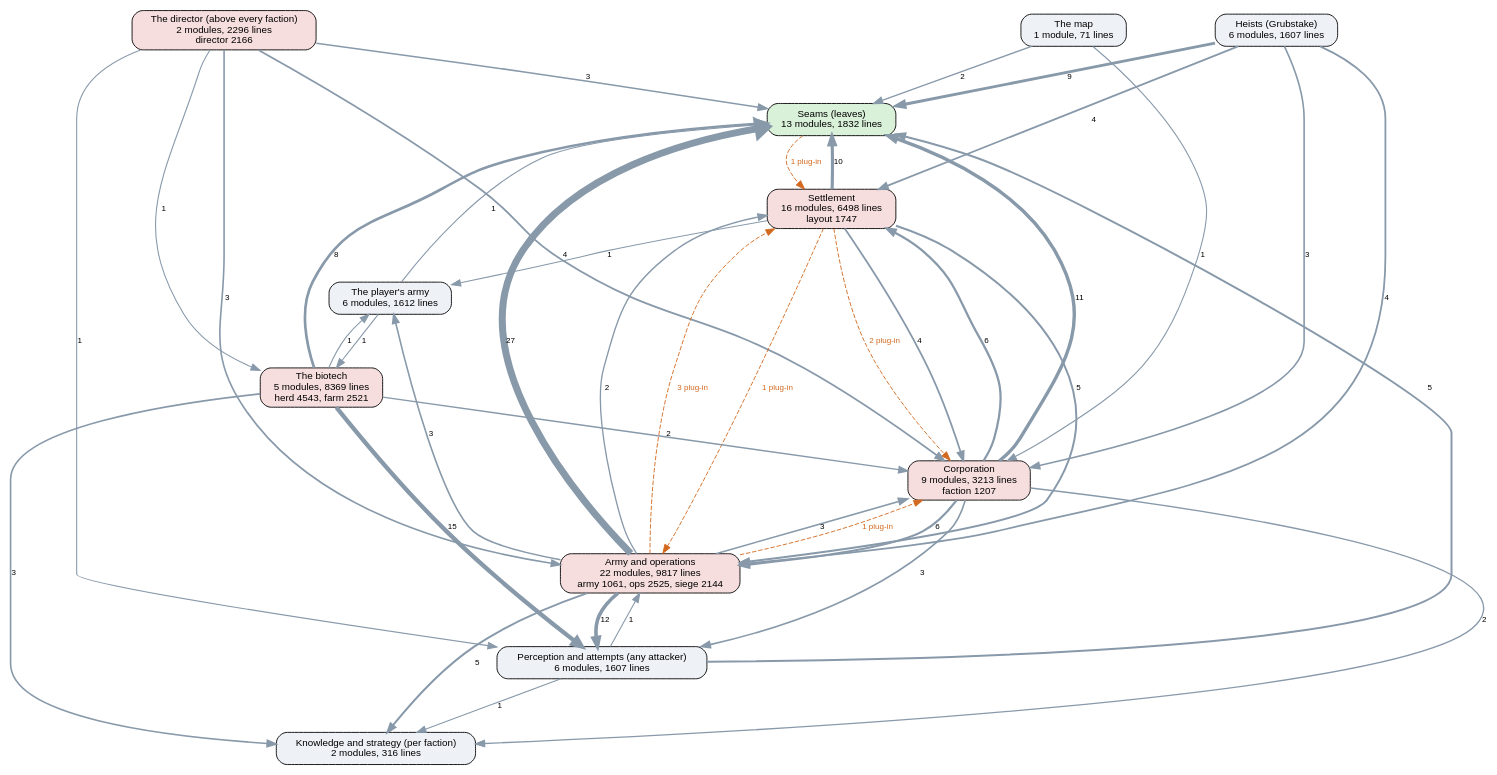
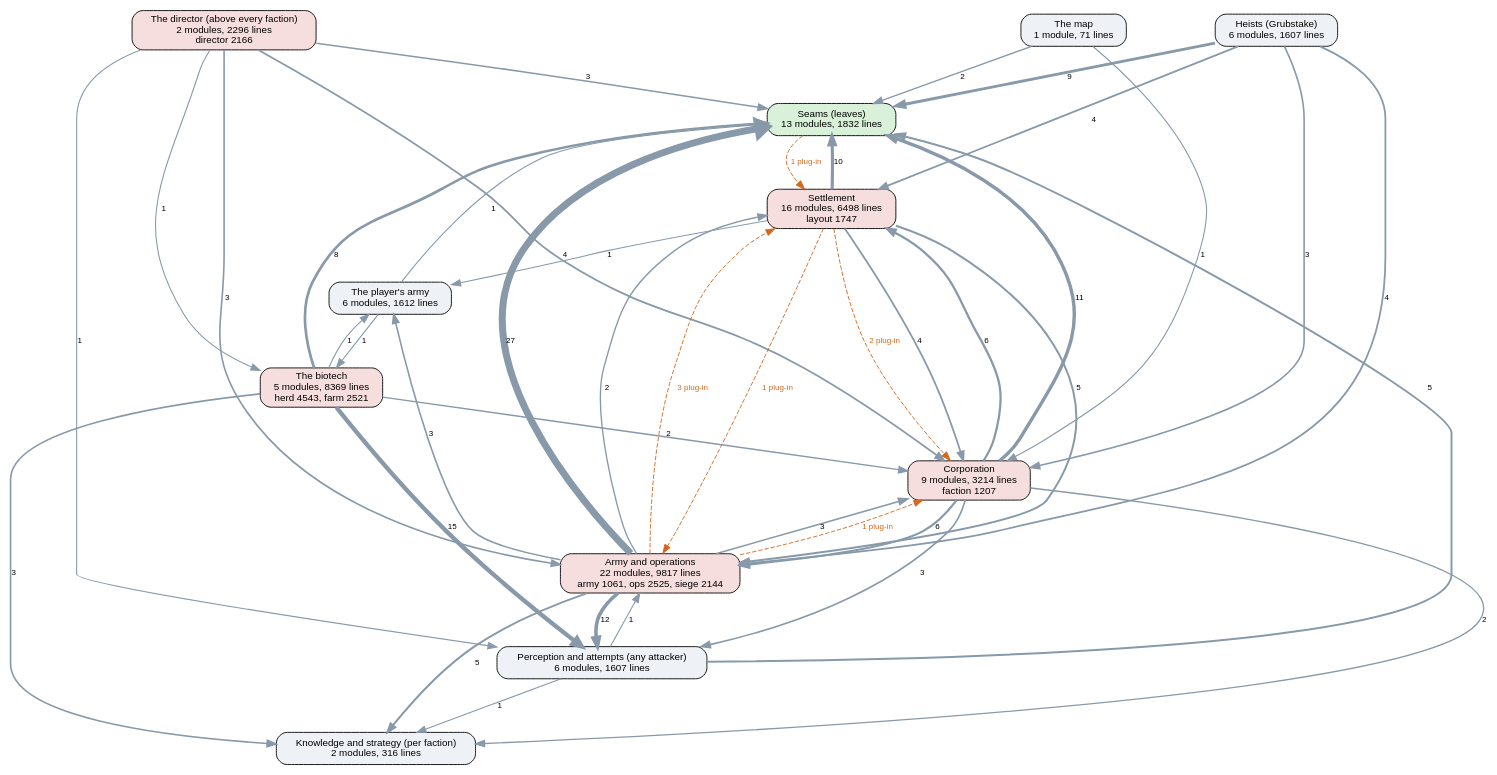
One commit to kinelhu/landing-party changed the diagram in docs/ai-layers.dot. Above: the diagram before and after it, drawn with Graphviz. The commit also changed 4 other files, not shown here.

First line of the commit message:
AI graph regenerated for 0.2.424

```diff
--- a/docs/ai-layers.dot
+++ b/docs/ai-layers.dot
@@ -1,57 +1,57 @@
 digraph layers {
   graph [rankdir=TB, fontname="Helvetica", nodesep=0.5, ranksep=0.7];
   node [shape=box, style="rounded,filled", fontname="Helvetica", fontsize=11, fillcolor="#eef2f7"];
   edge [color="#8899aa", fontname="Helvetica", fontsize=9];
   "Seams (leaves)" [label="Seams (leaves)\n13 modules, 1832 lines", fillcolor="#d9f0d9"];
   "Perception and attempts (any attacker)" [label="Perception and attempts (any attacker)\n6 modules, 1607 lines", fillcolor="#eef2f7"];
   "Knowledge and strategy (per faction)" [label="Knowledge and strategy (per faction)\n2 modules, 316 lines", fillcolor="#eef2f7"];
   "The director (above every faction)" [label="The director (above every faction)\n2 modules, 2296 lines\ndirector 2166", fillcolor="#f7dede"];
-  "Corporation" [label="Corporation\n9 modules, 3213 lines\nfaction 1207", fillcolor="#f7dede"];
+  "Corporation" [label="Corporation\n9 modules, 3214 lines\nfaction 1207", fillcolor="#f7dede"];
   "Settlement" [label="Settlement\n16 modules, 6498 lines\nlayout 1747", fillcolor="#f7dede"];
   "Army and operations" [label="Army and operations\n22 modules, 9817 lines\narmy 1061, ops 2525, siege 2144", fillcolor="#f7dede"];
   "Heists (Grubstake)" [label="Heists (Grubstake)\n6 modules, 1607 lines", fillcolor="#eef2f7"];
   "The biotech" [label="The biotech\n5 modules, 8369 lines\nherd 4543, farm 2521", fillcolor="#f7dede"];
   "The map" [label="The map\n1 module, 71 lines", fillcolor="#eef2f7"];
   "The player's army" [label="The player's army\n6 modules, 1612 lines", fillcolor="#eef2f7"];
   "Army and operations" -> "Corporation" [label="3", penwidth=1.8];
   "Army and operations" -> "Knowledge and strategy (per faction)" [label="5", penwidth=2.2];
   "Army and operations" -> "Perception and attempts (any attacker)" [label="12", penwidth=4.0];
   "Army and operations" -> "Seams (leaves)" [label="27", penwidth=7.8];
   "Army and operations" -> "Settlement" [label="2", penwidth=1.5];
   "Army and operations" -> "The player's army" [label="3", penwidth=1.8];
   "Corporation" -> "Army and operations" [label="6", penwidth=2.5];
   "Corporation" -> "Knowledge and strategy (per faction)" [label="2", penwidth=1.5];
   "Corporation" -> "Perception and attempts (any attacker)" [label="3", penwidth=1.8];
   "Corporation" -> "Seams (leaves)" [label="11", penwidth=3.8];
   "Corporation" -> "Settlement" [label="6", penwidth=2.5];
   "Heists (Grubstake)" -> "Army and operations" [label="4", penwidth=2.0];
   "Heists (Grubstake)" -> "Corporation" [label="3", penwidth=1.8];
   "Heists (Grubstake)" -> "Seams (leaves)" [label="9", penwidth=3.2];
   "Heists (Grubstake)" -> "Settlement" [label="4", penwidth=2.0];
   "Perception and attempts (any attacker)" -> "Army and operations" [label="1", penwidth=1.2];
   "Perception and attempts (any attacker)" -> "Knowledge and strategy (per faction)" [label="1", penwidth=1.2];
   "Perception and attempts (any attacker)" -> "Seams (leaves)" [label="5", penwidth=2.2];
   "Settlement" -> "Army and operations" [label="5", penwidth=2.2];
   "Settlement" -> "Corporation" [label="4", penwidth=2.0];
   "Settlement" -> "Seams (leaves)" [label="10", penwidth=3.5];
   "Settlement" -> "The player's army" [label="1", penwidth=1.2];
   "The biotech" -> "Corporation" [label="2", penwidth=1.5];
   "The biotech" -> "Knowledge and strategy (per faction)" [label="3", penwidth=1.8];
   "The biotech" -> "Perception and attempts (any attacker)" [label="15", penwidth=4.8];
   "The biotech" -> "Seams (leaves)" [label="8", penwidth=3.0];
   "The biotech" -> "The player's army" [label="1", penwidth=1.2];
   "The director (above every faction)" -> "Army and operations" [label="3", penwidth=1.8];
   "The director (above every faction)" -> "Corporation" [label="4", penwidth=2.0];
   "The director (above every faction)" -> "Perception and attempts (any attacker)" [label="1", penwidth=1.2];
   "The director (above every faction)" -> "Seams (leaves)" [label="3", penwidth=1.8];
   "The director (above every faction)" -> "The biotech" [label="1", penwidth=1.2];
   "The map" -> "Corporation" [label="1", penwidth=1.2];
   "The map" -> "Seams (leaves)" [label="2", penwidth=1.5];
   "The player's army" -> "Seams (leaves)" [label="1", penwidth=1.2];
   "The player's army" -> "The biotech" [label="1", penwidth=1.2];
   "Army and operations" -> "Corporation" [style=dashed, color="#d2691e", fontcolor="#d2691e", label="1 plug-in"];
   "Army and operations" -> "Settlement" [style=dashed, color="#d2691e", fontcolor="#d2691e", label="3 plug-in"];
   "Seams (leaves)" -> "Settlement" [style=dashed, color="#d2691e", fontcolor="#d2691e", label="1 plug-in"];
   "Settlement" -> "Army and operations" [style=dashed, color="#d2691e", fontcolor="#d2691e", label="1 plug-in"];
   "Settlement" -> "Corporation" [style=dashed, color="#d2691e", fontcolor="#d2691e", label="2 plug-in"];
 }
```
